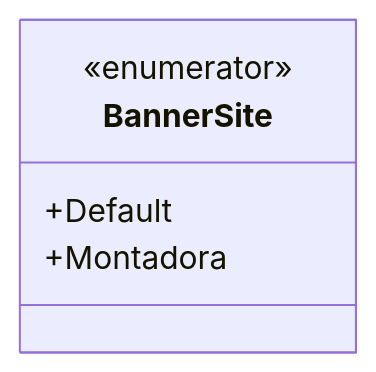
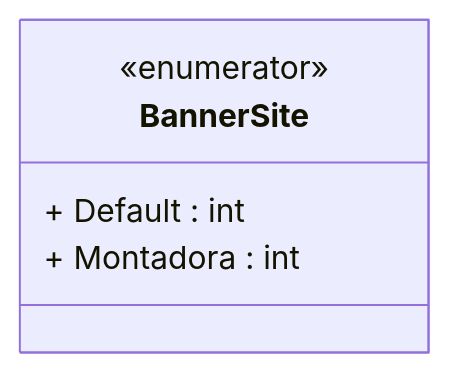
The diagram in docs/b2b-dominio/IsthmusWinthor.Nucleo/IsthmusWinthor.Dominio/Enumeradores/BannerSite.md (IsthmusSistemas/documentacao-tecnica), drawn with Mermaid before and after one commit. The commit also changed other lines of this file and 882 other files, not shown here.

````diff
--- a/docs/b2b-dominio/IsthmusWinthor.Nucleo/IsthmusWinthor.Dominio/Enumeradores/BannerSite.md
+++ b/docs/b2b-dominio/IsthmusWinthor.Nucleo/IsthmusWinthor.Dominio/Enumeradores/BannerSite.md
@@ -12,8 +17,8 @@
 ```mermaid
 classDiagram
     class BannerSite {
         <<enumerator>>
-        +Default
-        +Montadora
+        + Default : int
+        + Montadora : int
     }
 ```
````
